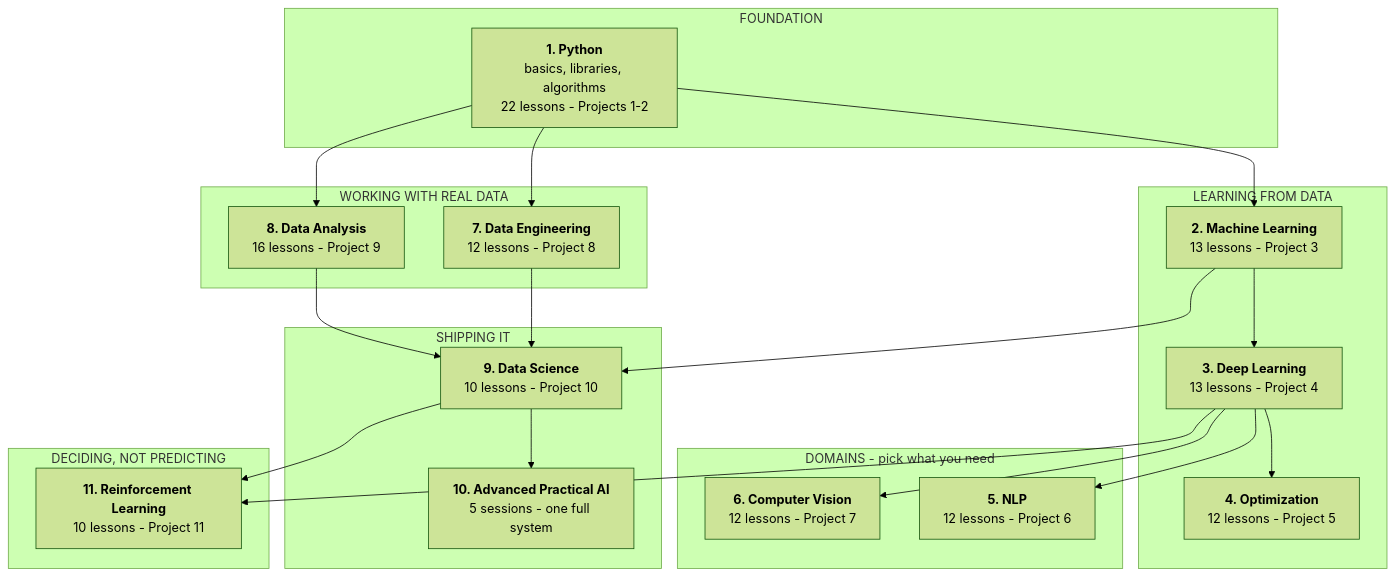
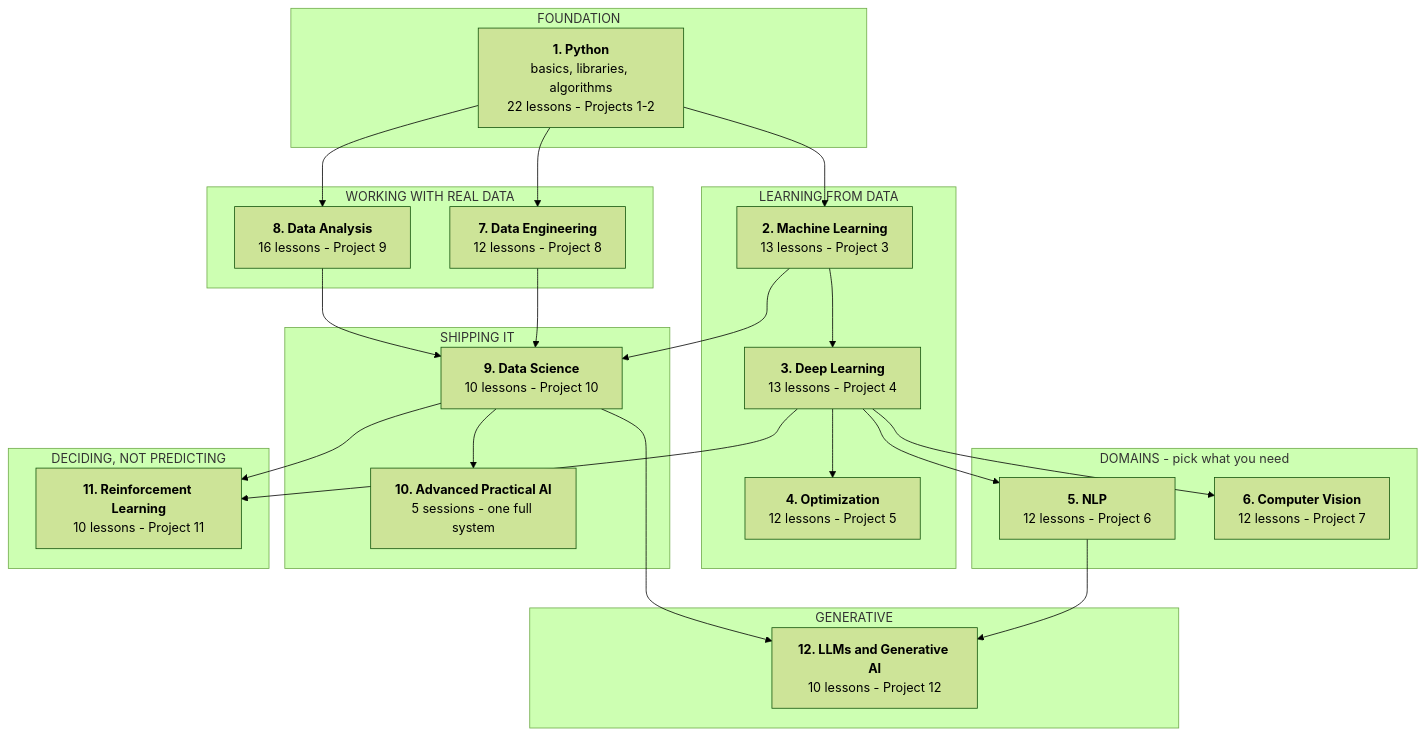
The diagram in README.md (Tayel-Ai-Labs-Courses/Advanced-AI), drawn with Mermaid (forest theme) before and after one commit. The commit also changed other lines of this file and 24 other files, not shown here.

First line of the commit message:
Add LLMs and Generative AI course with Project 12

````diff
--- a/README.md
+++ b/README.md
@@ -14,38 +14,43 @@
 ```mermaid
 flowchart TD
     subgraph P0["FOUNDATION"]
         A["<b>1. Python</b><br/>basics, libraries, algorithms<br/>22 lessons - Projects 1-2"]
     end
     subgraph P1["LEARNING FROM DATA"]
         B["<b>2. Machine Learning</b><br/>13 lessons - Project 3"]
         C["<b>3. Deep Learning</b><br/>13 lessons - Project 4"]
         D["<b>4. Optimization</b><br/>12 lessons - Project 5"]
     end
     subgraph P2["DOMAINS - pick what you need"]
         E["<b>5. NLP</b><br/>12 lessons - Project 6"]
         F["<b>6. Computer Vision</b><br/>12 lessons - Project 7"]
     end
     subgraph P3["WORKING WITH REAL DATA"]
         G["<b>7. Data Engineering</b><br/>12 lessons - Project 8"]
         H["<b>8. Data Analysis</b><br/>16 lessons - Project 9"]
     end
     subgraph P4["SHIPPING IT"]
         I["<b>9. Data Science</b><br/>10 lessons - Project 10"]
         J["<b>10. Advanced Practical AI</b><br/>5 sessions - one full system"]
     end
     subgraph P5["DECIDING, NOT PREDICTING"]
         K["<b>11. Reinforcement Learning</b><br/>10 lessons - Project 11"]
     end
+    subgraph P6["GENERATIVE"]
+        L["<b>12. LLMs and Generative AI</b><br/>10 lessons - Project 12"]
+    end
 
     A --> B --> C --> D
     C --> E
     C --> F
     A --> G
     A --> H
     B --> I
     G --> I
     H --> I
     I --> J
     C --> K
     I --> K
+    E --> L
+    I --> L
 ```
````
